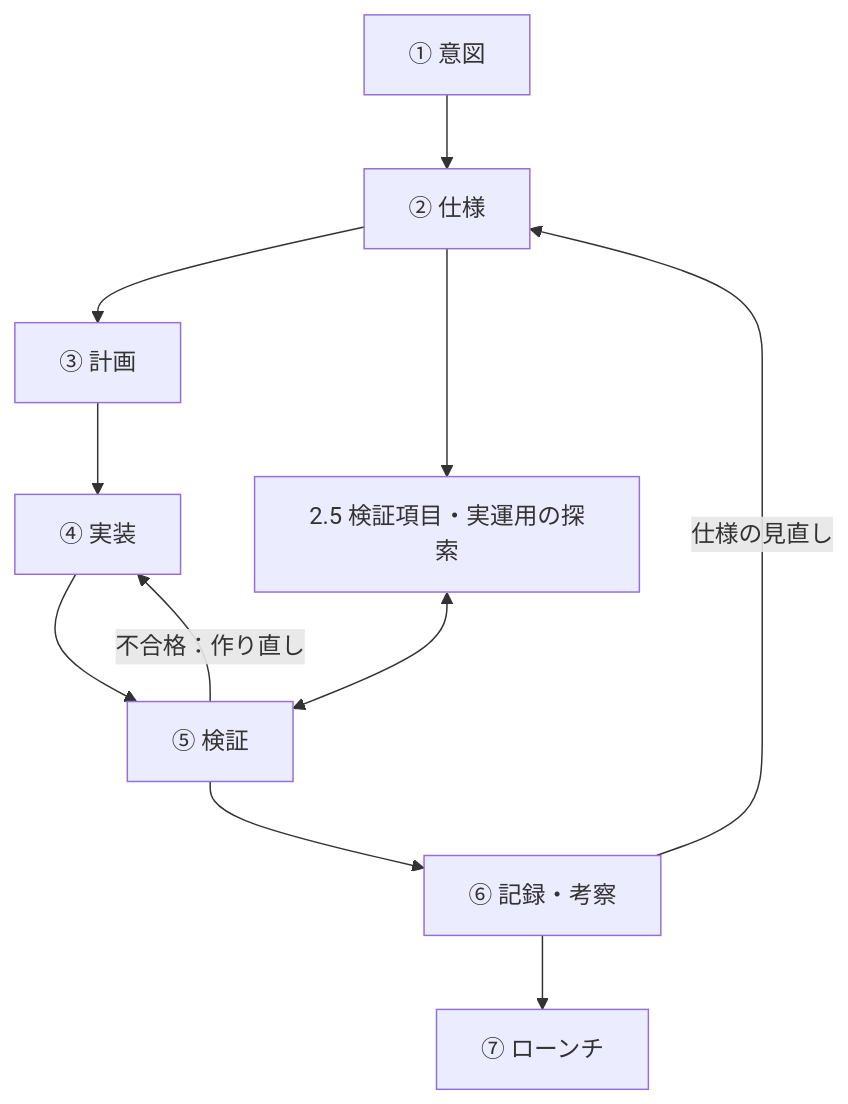
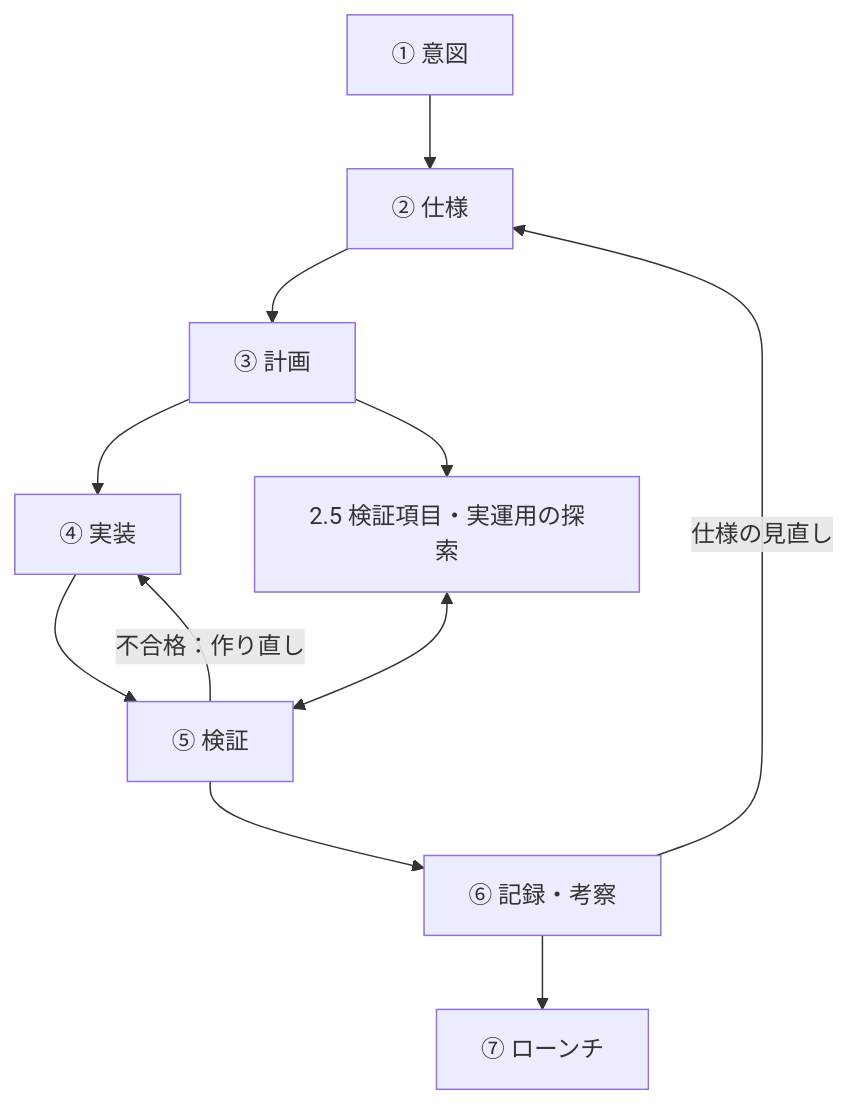
Before and after one commit to mkemmochipretraining-cloud/NAGARE: the diagram in docs/02_フロー構成.md, drawn with Mermaid. The commit also changed other lines of this file and 2 other files, not shown here.

````diff
--- a/docs/02_フロー構成.md
+++ b/docs/02_フロー構成.md
@@ -7,13 +7,13 @@
 ```mermaid
 flowchart TD
   I["① 意図"] --> S["② 仕様"]
   S --> P["③ 計画"]
   P --> M["④ 実装"]
   M --> V["⑤ 検証"]
   V --> R["⑥ 記録・考察"]
   R --> L["⑦ ローンチ"]
-  S --> T["2.5 検証項目・実運用の探索"]
+  P --> T["2.5 検証項目・実運用の探索"]
   T <--> V
   V -->|不合格：作り直し| M
   R -->|仕様の見直し| S
 ```
````
